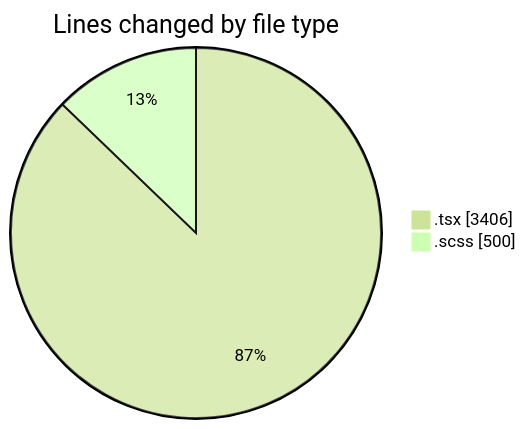
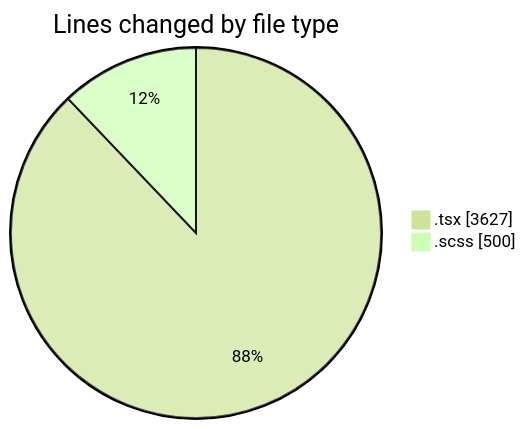
One commit to momahboobian/code-tracking changed the first of 2 diagrams in 2025-04-10/cda/README.md. Above: the diagram before and after it, drawn with Mermaid (forest theme). The commit also changed other lines of this file and 1 other file, not shown here.

````diff
--- a/2025-04-10/cda/README.md
+++ b/2025-04-10/cda/README.md
@@ -26,6 +26,6 @@
 ```mermaid
 pie showData
 title Lines changed by file type
-".tsx" : 3406
+".tsx" : 3627
 ".scss" : 500
 ```
````
